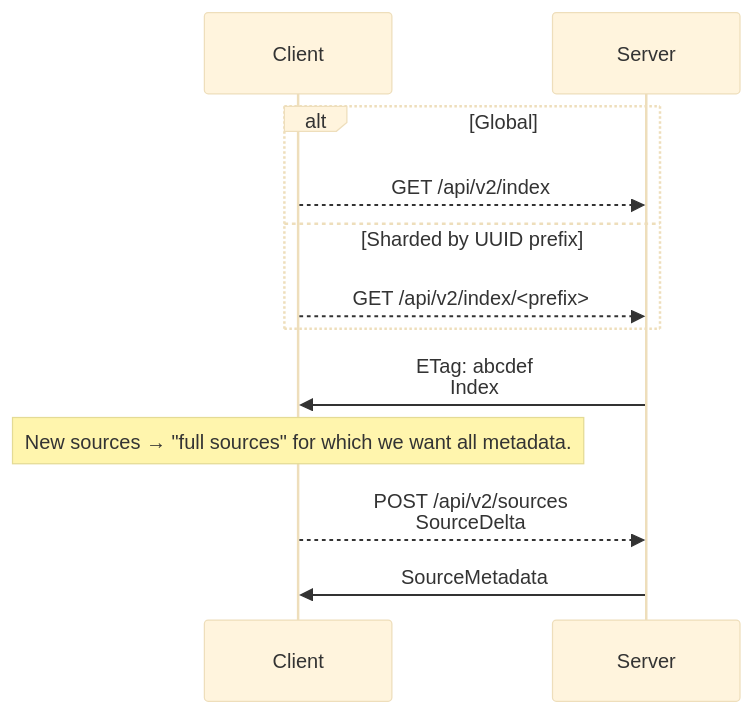
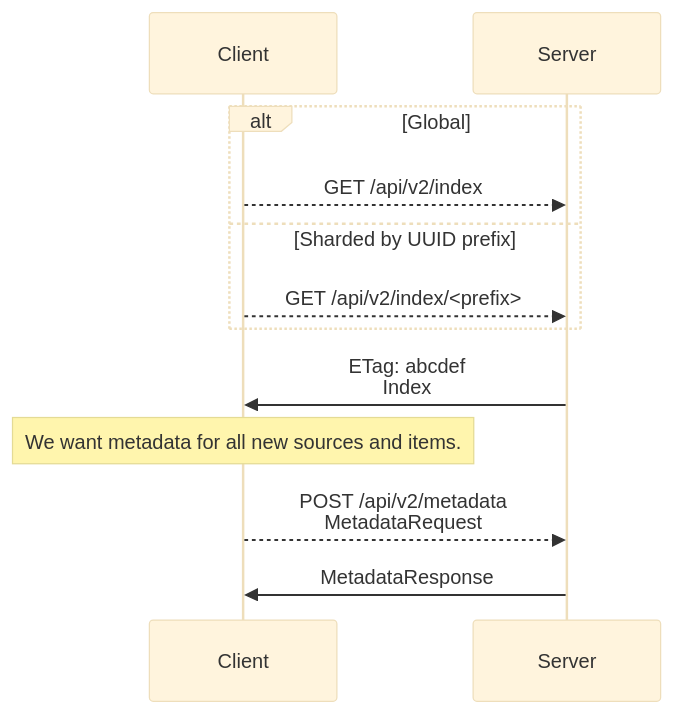
One commit to ppker/securedrop changed the first of 2 diagrams in securedrop/journalist_app/api2/README.md. Above: the diagram before and after it, drawn with Mermaid (base theme). The commit also changed other lines of this file and 2 other files, not shown here.

Commit message:
refactor: generalize "/index" and "/metadata" to flat collections
Once the index loses the source/collection hierarchy, the client has no
way to "hint" the server in what source's collection to find a given
item.  There are other index structures that could provide this hint,
but it's simpler just to scan the Submission and Reply tables directly
(without any relationships to eager-load) for the set of item UUIDs
requested by the client.

As a bonus, the dataclasses provide sufficient structural validation of
incoming requests.

````diff
--- a/securedrop/journalist_app/api2/README.md
+++ b/securedrop/journalist_app/api2/README.md
@@ -22,16 +22,16 @@
 ```mermaid
 sequenceDiagram
 participant Client
 participant Server
 
 alt Global
     Client -->> Server: GET /api/v2/index
 else Sharded by UUID prefix
     Client -->> Server: GET /api/v2/index/<prefix>
 end
 
 Server ->> Client: ETag: abcdef<br>Index
-Note over Client: New sources → "full sources" for which we want all metadata.
-Client -->> Server: POST /api/v2/sources<br>SourceDelta
-Server ->> Client: SourceMetadata
+Note over Client: We want metadata for all new sources and items.
+Client -->> Server: POST /api/v2/metadata<br>MetadataRequest
+Server ->> Client: MetadataResponse
 ```
````
